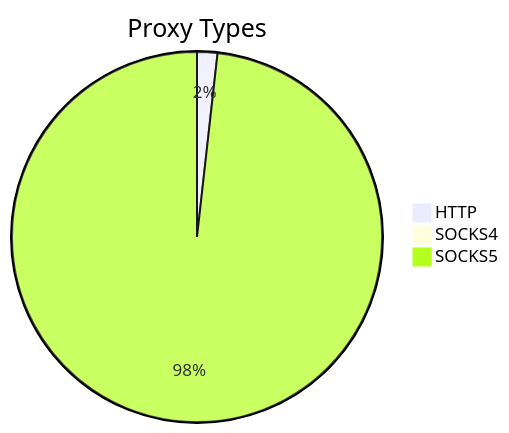
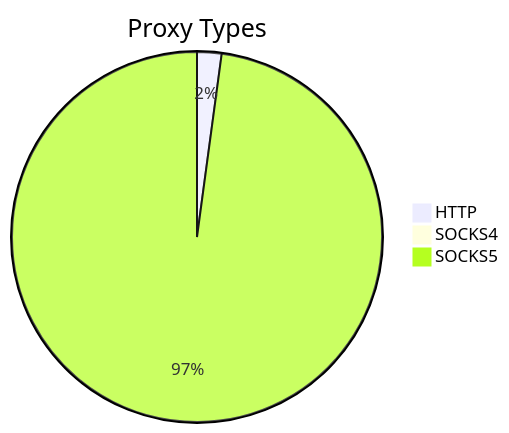
The first of 2 diagrams in README.md (stormsia/proxy-list), drawn with Mermaid before and after one commit. The commit also changed other lines of this file, not shown here.

````diff
--- a/README.md
+++ b/README.md
@@ -21,6 +21,6 @@
 ```mermaid
 pie title Proxy Types
-    "HTTP" : 157
-    "SOCKS4" : 51
-    "SOCKS5" : 8693
+    "HTTP" : 222
+    "SOCKS4" : 83
+    "SOCKS5" : 10177
 ```
````
